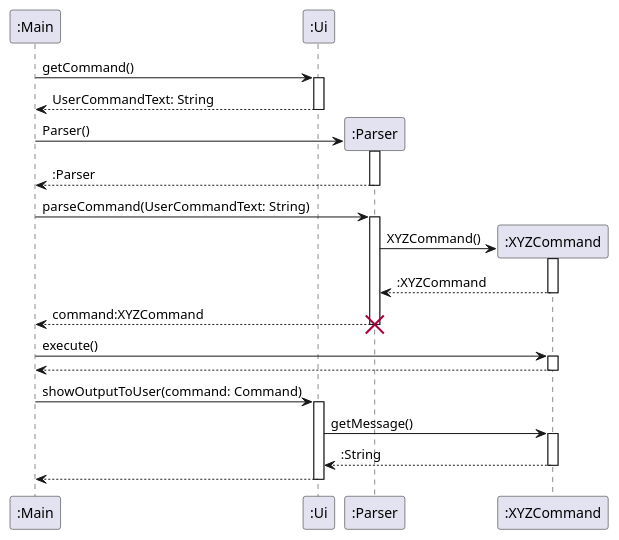
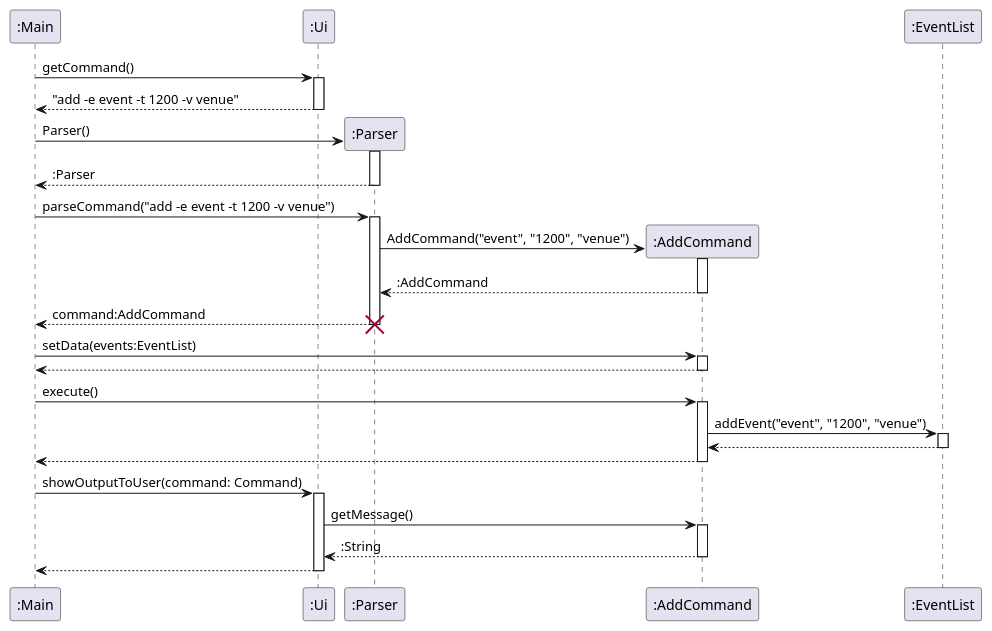
One commit to nus-cs2113-AY2425S1/tp changed the diagram in docs/diagrams/ArchitectureSequence.puml. Above: the diagram before and after it, drawn with PlantUML. The commit also changed 4 other files, not shown here.

Commit message:
Modify UML diagrams and add architecture section to developer guide

```diff
--- a/docs/diagrams/ArchitectureSequence.puml
+++ b/docs/diagrams/ArchitectureSequence.puml
@@ -1,50 +1,62 @@
 @startuml
 'https://plantuml.com/sequence-diagram
 
 Participant ":Main" as main
 Participant ":Ui" as ui
 Participant ":Parser" as parser
-Participant ":XYZCommand" as command
+Participant ":AddCommand" as command
+Participant ":EventList" as eventList
 
 main -> ui : getCommand()
 activate ui
-ui --> main : UserCommandText: String
+ui --> main : "add -e event -t 1200 -v venue"
 deactivate ui
 
 create parser
 main -> parser : Parser()
 activate parser
 parser --> main : :Parser
 deactivate parser
 
-main -> parser : parseCommand(UserCommandText: String)
+main -> parser : parseCommand("add -e event -t 1200 -v venue")
 activate parser
 
 create command
-parser -> command : XYZCommand()
+parser -> command : AddCommand("event", "1200", "venue")
 activate command
-command --> parser : :XYZCommand
+command --> parser : :AddCommand
 deactivate command
 
-parser --> main : command:XYZCommand
+parser --> main : command:AddCommand
 deactivate parser
 destroy parser
 
+main -> command : setData(events:EventList)
+activate command
+command --> main
+deactivate command
+
 main -> command : execute()
 activate command
+
+command -> eventList : addEvent("event", "1200", "venue")
+activate eventList
+eventList --> command
+deactivate eventList
+
 command --> main
 deactivate command
 
 main -> ui : showOutputToUser(command: Command)
 activate ui
 
 ui -> command : getMessage()
 activate command
 
 command --> ui : :String
 deactivate command
 
 ui --> main
 deactivate ui
 
 @enduml
```
